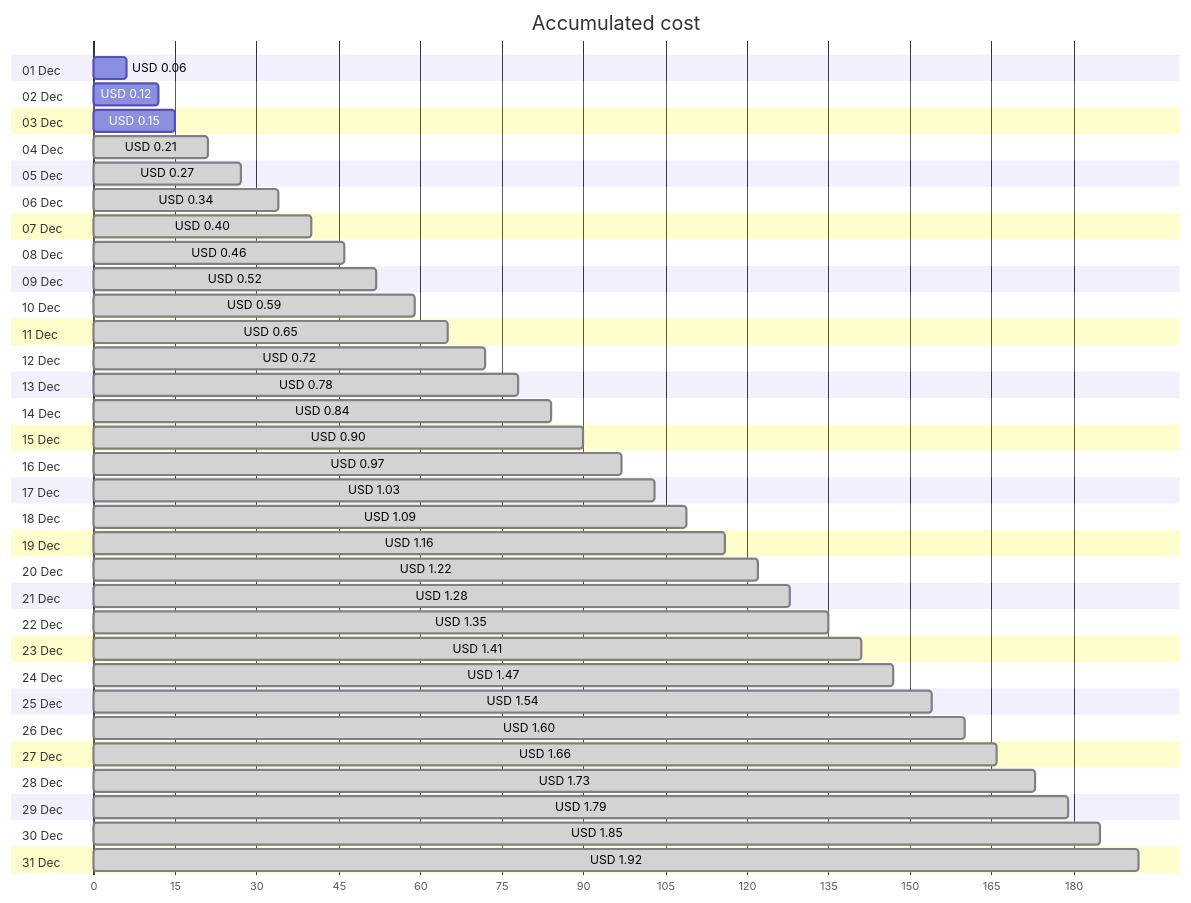
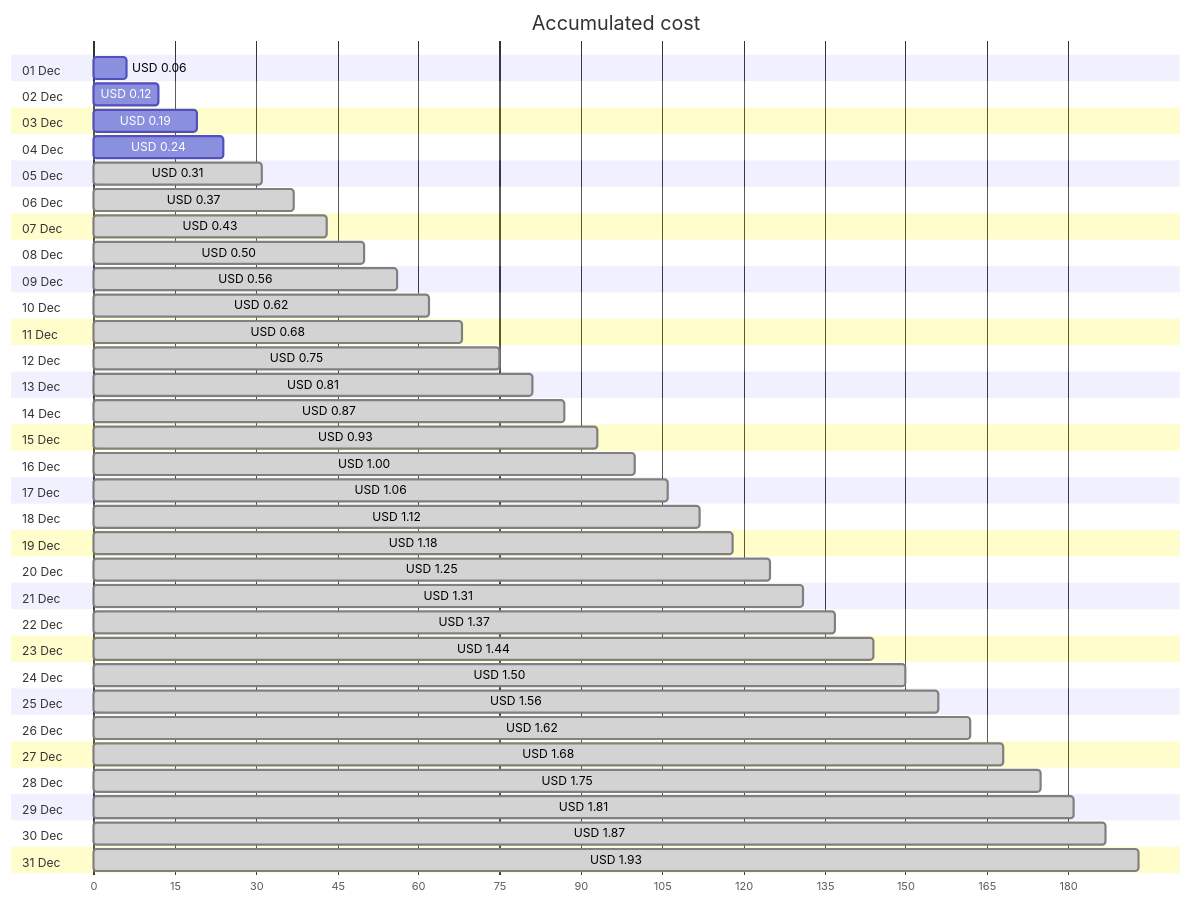
One commit to jpfulton/azure-personal-reports changed the first of 4 diagrams in cost-reports/personal-network/backup-server_OsDisk.md. Above: the diagram before and after it, drawn with Mermaid. The commit also changed other lines of this file and 8 other files, not shown here.

````diff
--- a/cost-reports/personal-network/backup-server_OsDisk.md
+++ b/cost-reports/personal-network/backup-server_OsDisk.md
@@ -20,68 +20,68 @@
 ```mermaid
 gantt
    title Accumulated cost
    dateFormat  X
    axisFormat %s
    section 01 Dec
    USD 0.06 :0, 6
    section 02 Dec
    USD 0.12 :0, 12
    section 03 Dec
-   USD 0.15 :0, 15
+   USD 0.19 :0, 19
    section 04 Dec
-   USD 0.21 : done, 0, 21
+   USD 0.24 :0, 24
    section 05 Dec
-   USD 0.27 : done, 0, 27
+   USD 0.31 : done, 0, 31
    section 06 Dec
-   USD 0.34 : done, 0, 34
+   USD 0.37 : done, 0, 37
    section 07 Dec
-   USD 0.40 : done, 0, 40
+   USD 0.43 : done, 0, 43
    section 08 Dec
-   USD 0.46 : done, 0, 46
+   USD 0.50 : done, 0, 50
    section 09 Dec
-   USD 0.52 : done, 0, 52
+   USD 0.56 : done, 0, 56
    section 10 Dec
-   USD 0.59 : done, 0, 59
+   USD 0.62 : done, 0, 62
    section 11 Dec
-   USD 0.65 : done, 0, 65
+   USD 0.68 : done, 0, 68
    section 12 Dec
-   USD 0.72 : done, 0, 72
+   USD 0.75 : done, 0, 75
    section 13 Dec
-   USD 0.78 : done, 0, 78
+   USD 0.81 : done, 0, 81
    section 14 Dec
-   USD 0.84 : done, 0, 84
+   USD 0.87 : done, 0, 87
    section 15 Dec
-   USD 0.90 : done, 0, 90
+   USD 0.93 : done, 0, 93
    section 16 Dec
-   USD 0.97 : done, 0, 97
+   USD 1.00 : done, 0, 100
    section 17 Dec
-   USD 1.03 : done, 0, 103
+   USD 1.06 : done, 0, 106
    section 18 Dec
-   USD 1.09 : done, 0, 109
+   USD 1.12 : done, 0, 112
    section 19 Dec
-   USD 1.16 : done, 0, 116
+   USD 1.18 : done, 0, 118
    section 20 Dec
-   USD 1.22 : done, 0, 122
+   USD 1.25 : done, 0, 125
    section 21 Dec
-   USD 1.28 : done, 0, 128
+   USD 1.31 : done, 0, 131
    section 22 Dec
-   USD 1.35 : done, 0, 135
+   USD 1.37 : done, 0, 137
    section 23 Dec
-   USD 1.41 : done, 0, 141
+   USD 1.44 : done, 0, 144
    section 24 Dec
-   USD 1.47 : done, 0, 147
+   USD 1.50 : done, 0, 150
    section 25 Dec
-   USD 1.54 : done, 0, 154
+   USD 1.56 : done, 0, 156
    section 26 Dec
-   USD 1.60 : done, 0, 160
+   USD 1.62 : done, 0, 162
    section 27 Dec
-   USD 1.66 : done, 0, 166
+   USD 1.68 : done, 0, 168
    section 28 Dec
-   USD 1.73 : done, 0, 173
+   USD 1.75 : done, 0, 175
    section 29 Dec
-   USD 1.79 : done, 0, 179
+   USD 1.81 : done, 0, 181
    section 30 Dec
-   USD 1.85 : done, 0, 185
+   USD 1.87 : done, 0, 187
    section 31 Dec
-   USD 1.92 : done, 0, 192
+   USD 1.93 : done, 0, 193
 ```
````
